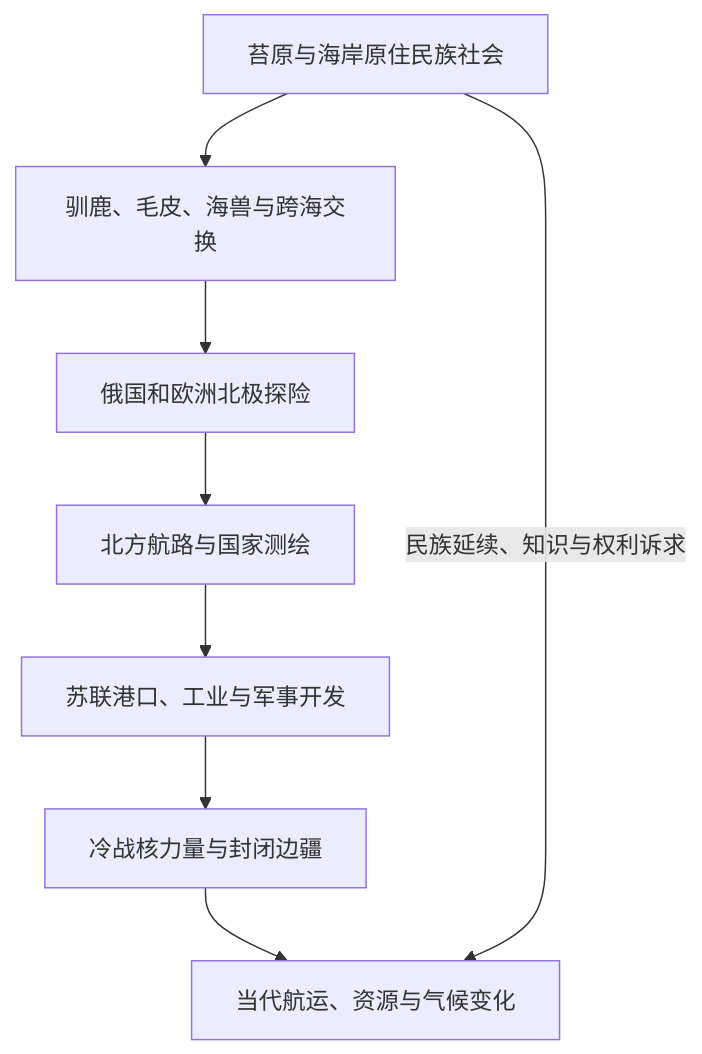
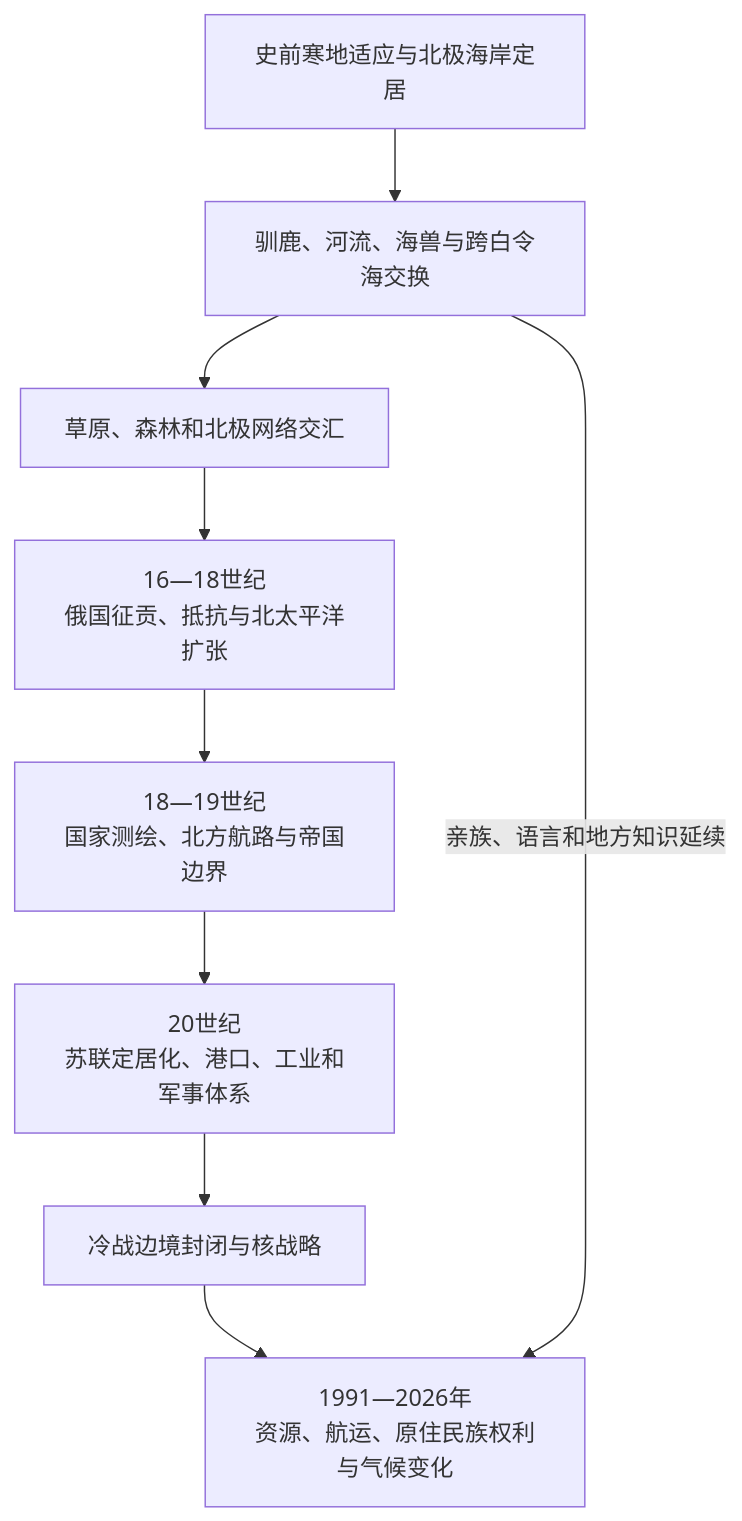
Before and after one commit to tianlan-dev/learning-notes: the diagram in 人文科学/历史/北亚/北极与亚北极/README.md, drawn with Mermaid. The commit also changed other lines of this file and 1417 other files, not shown here.

````diff
--- a/人文科学/历史/北亚/北极与亚北极/README.md
+++ b/人文科学/历史/北亚/北极与亚北极/README.md
@@ -14,10 +15,11 @@
 ```mermaid
 flowchart TD
-    Indigenous["苔原与海岸原住民族社会"] --> Exchange["驯鹿、毛皮、海兽与跨海交换"]
-    Exchange --> Exploration["俄国和欧洲北极探险"]
-    Exploration --> Route["北方航路与国家测绘"]
-    Route --> Soviet["苏联港口、工业与军事开发"]
-    Soviet --> ColdWar["冷战核力量与封闭边疆"]
-    ColdWar --> Present["当代航运、资源与气候变化"]
-    Indigenous -->|民族延续、知识与权利诉求| Present
+    A["史前寒地适应与北极海岸定居"] --> B["驯鹿、河流、海兽与跨白令海交换"]
+    B --> C["草原、森林和北极网络交汇"]
+    C --> D["16—18世纪<br/>俄国征贡、抵抗与北太平洋扩张"]
+    D --> E["18—19世纪<br/>国家测绘、北方航路与帝国边界"]
+    E --> F["20世纪<br/>苏联定居化、港口、工业和军事体系"]
+    F --> G["冷战边境封闭与核战略"]
+    G --> H["1991—2026年<br/>资源、航运、原住民族权利与气候变化"]
+    B -->|亲族、语言和地方知识延续| H
 ```
````
